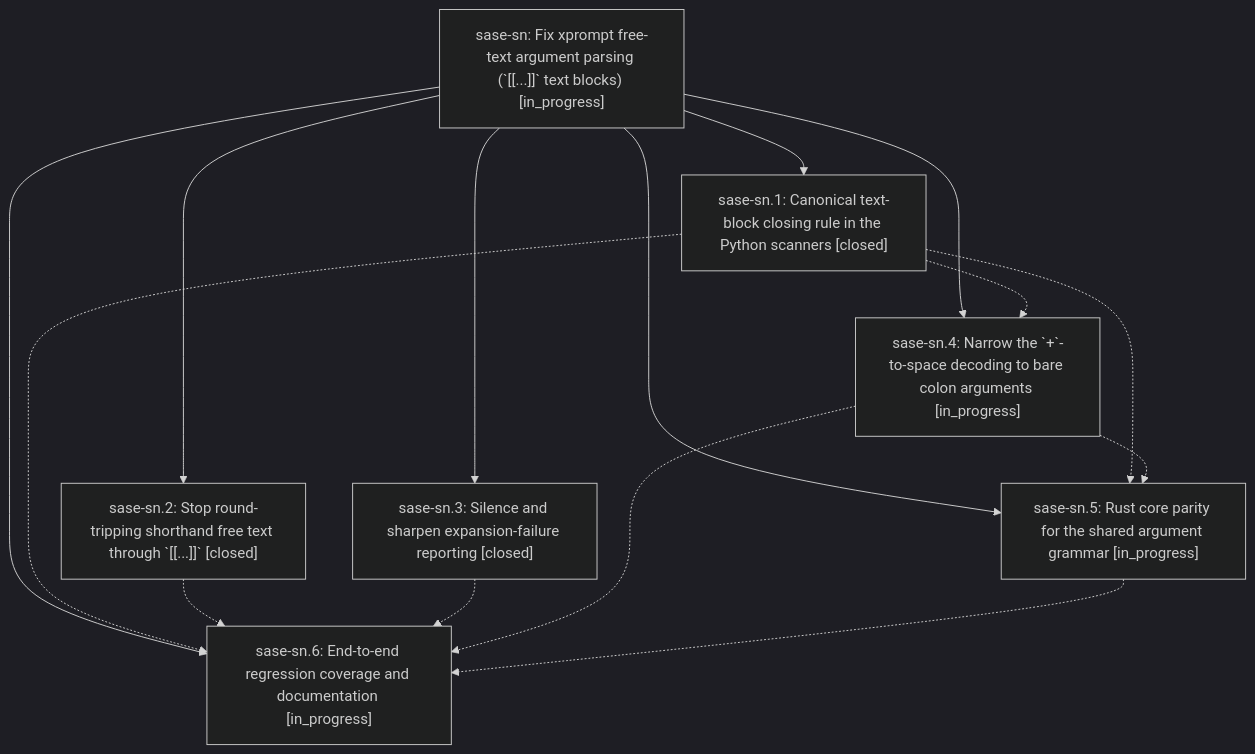
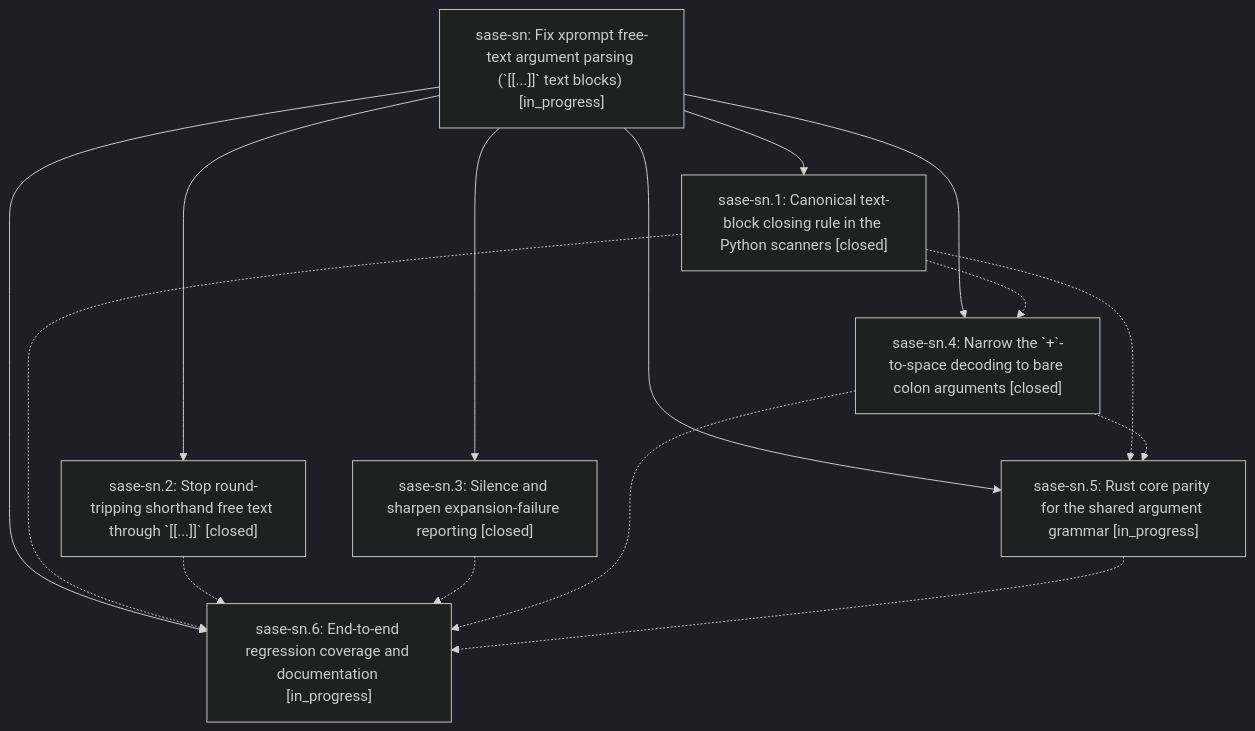
The diagram in pages/sase-sn/README.md (sase-org/sase--beads), drawn with Mermaid (dark theme) before and after one commit. The commit also changed other lines of this file and 4 other files, not shown here.

````diff
--- a/pages/sase-sn/README.md
+++ b/pages/sase-sn/README.md
@@ -27,24 +27,24 @@
 ```mermaid
 flowchart TD
     n0["sase-sn: Fix xprompt free-text argument parsing (`[[...]]` text blocks) [in_progress]"]
     n1["sase-sn.1: Canonical text-block closing rule in the Python scanners [closed]"]
     n2["sase-sn.2: Stop round-tripping shorthand free text through `[[...]]` [closed]"]
     n3["sase-sn.3: Silence and sharpen expansion-failure reporting [closed]"]
-    n4["sase-sn.4: Narrow the `+`-to-space decoding to bare colon arguments [in_progress]"]
+    n4["sase-sn.4: Narrow the `+`-to-space decoding to bare colon arguments [closed]"]
     n5["sase-sn.5: Rust core parity for the shared argument grammar [in_progress]"]
     n6["sase-sn.6: End-to-end regression coverage and documentation [in_progress]"]
     n0 --> n1
     n0 --> n2
     n0 --> n3
     n0 --> n4
     n0 --> n5
     n0 --> n6
     n1 -.-> n4
     n1 -.-> n5
     n1 -.-> n6
     n2 -.-> n6
     n3 -.-> n6
     n4 -.-> n5
     n4 -.-> n6
     n5 -.-> n6
 ```
````
